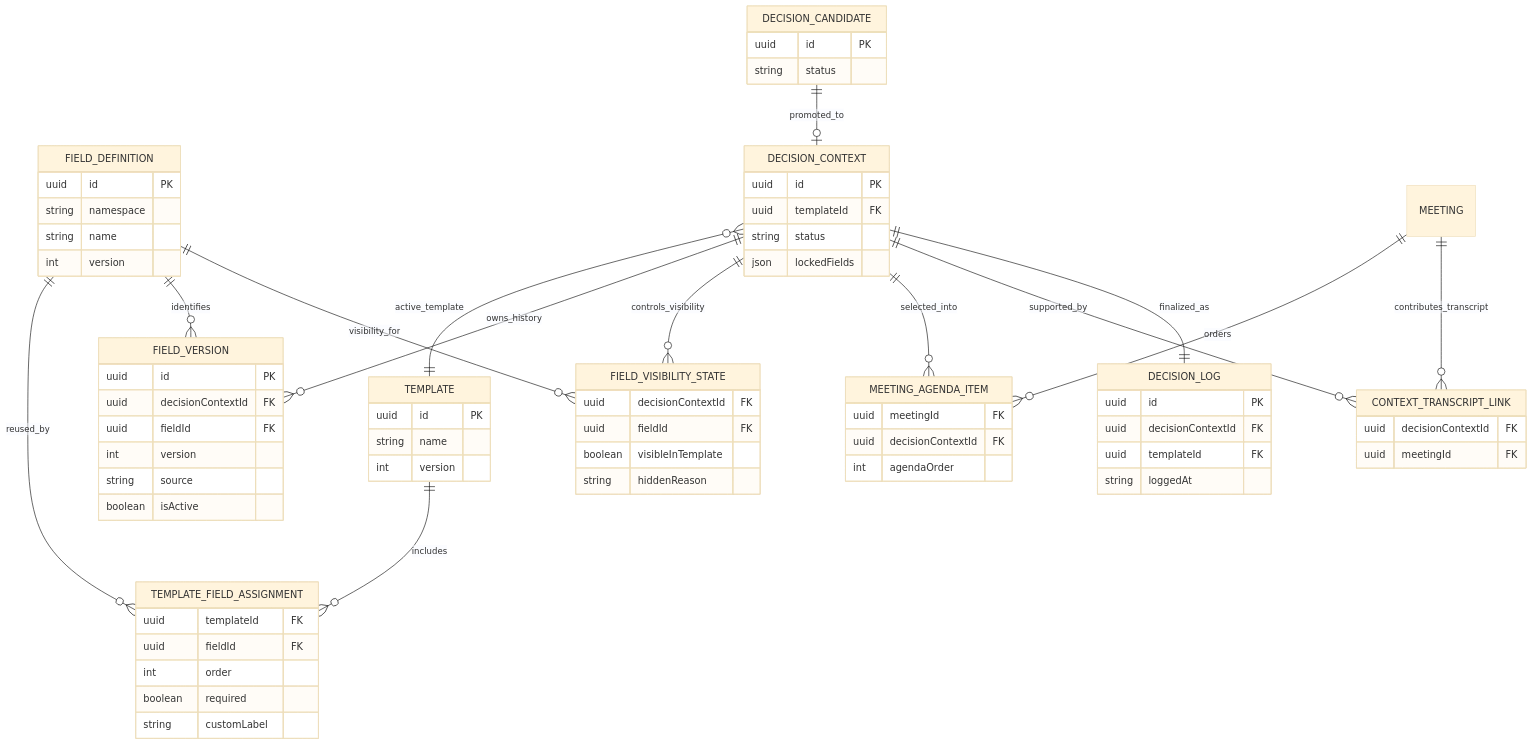
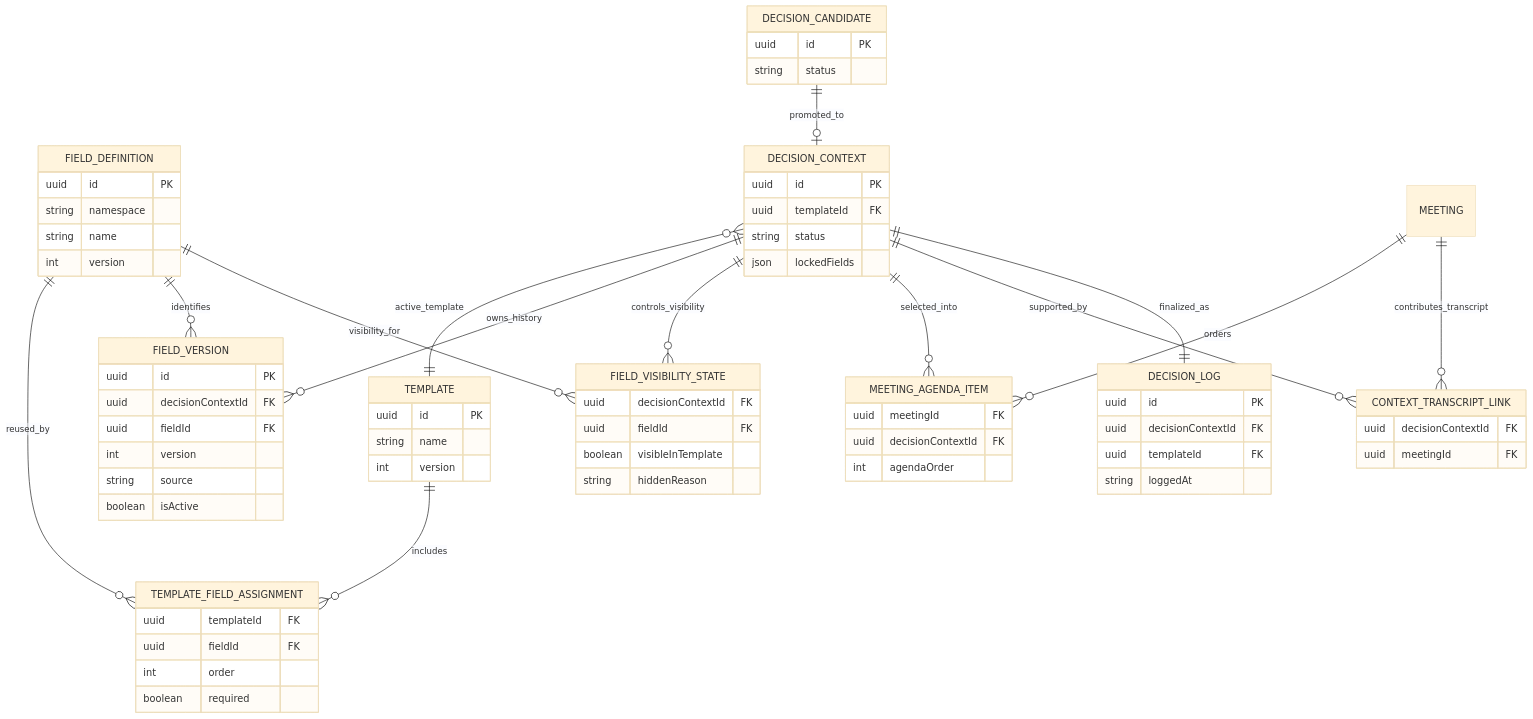
One commit to the-greenman/decision-logger changed the first of 2 diagrams in docs/field-template-versioning-explainer.md. Above: the diagram before and after it, drawn with Mermaid (base theme). The commit also changed 5 other files, not shown here.

```diff
--- a/docs/field-template-versioning-explainer.md
+++ b/docs/field-template-versioning-explainer.md
@@ -235,7 +235,6 @@
       uuid fieldId FK
       int order
       boolean required
-      string customLabel
     }
 
     DECISION_CONTEXT {
```
